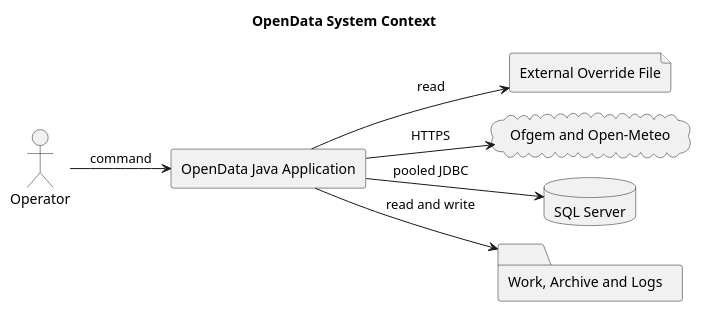
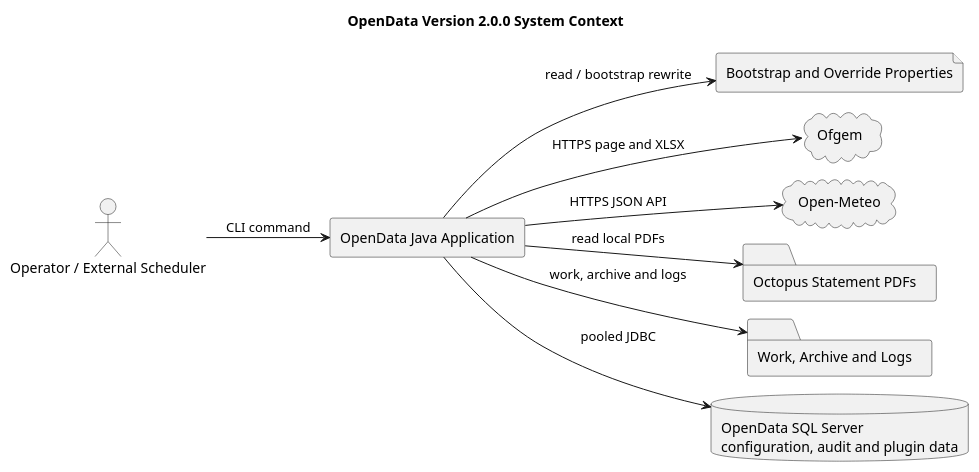
Before and after one commit to TerryCurranZellis/OpenData: the diagram in docs/diagrams/source/system-context.puml, drawn with PlantUML. The commit also changed 31 other files, not shown here.

```diff
--- a/docs/diagrams/source/system-context.puml
+++ b/docs/diagrams/source/system-context.puml
@@ -1,17 +1,21 @@
 @startuml
 !pragma layout smetana
-title OpenData System Context
+title OpenData Version 2.0.0 System Context
 left to right direction
-actor Operator
+actor "Operator / External Scheduler" as Operator
 rectangle "OpenData Java Application" as App
-file "External Override File" as Config
-cloud "Ofgem and Open-Meteo" as Publishers
-database "SQL Server" as Database
+file "Bootstrap and Override Properties" as Config
+cloud "Ofgem" as Ofgem
+cloud "Open-Meteo" as Meteo
+folder "Octopus Statement PDFs" as Octopus
 folder "Work, Archive and Logs" as Files
+database "OpenData SQL Server\nconfiguration, audit and plugin data" as Database
 
-Operator --> App : command
-App --> Config : read
-App --> Publishers : HTTPS
+Operator --> App : CLI command
+App --> Config : read / bootstrap rewrite
+App --> Ofgem : HTTPS page and XLSX
+App --> Meteo : HTTPS JSON API
+App --> Octopus : read local PDFs
 App --> Database : pooled JDBC
-App --> Files : read and write
+App --> Files : work, archive and logs
 @enduml
```
